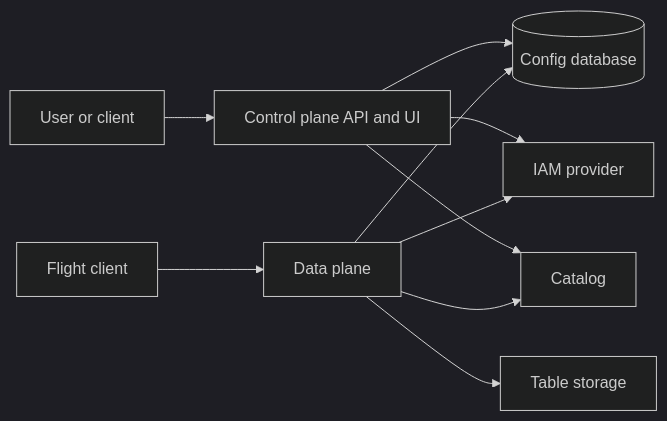
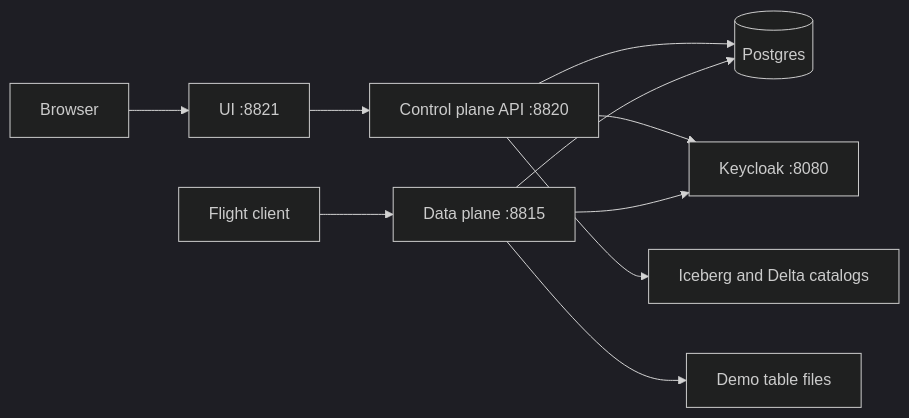
The diagram in docs/quickstart.md (snithish/dal-obscura), drawn with Mermaid (dark theme) before and after one commit. The commit also changed other lines of this file and 10 other files, not shown here.

````diff
--- a/docs/quickstart.md
+++ b/docs/quickstart.md
@@ -9,12 +35,12 @@
 ```mermaid
 flowchart LR
-    user["User or client"] --> cp["Control plane API and UI"]
-    client["Flight client"] --> dp["Data plane"]
-    cp --> db[("Config database")]
+    browser["Browser"] --> ui["UI :8821"]
+    ui --> api["Control plane API :8820"]
+    api --> db[("Postgres")]
+    api --> keycloak["Keycloak :8080"]
+    api --> catalog["Iceberg and Delta catalogs"]
+    client["Flight client"] --> dp["Data plane :8815"]
     dp --> db
-    cp --> iam["IAM provider"]
-    dp --> iam
-    cp --> catalog["Catalog"]
-    dp --> catalog
-    dp --> storage["Table storage"]
+    dp --> keycloak
+    dp --> storage["Demo table files"]
 ```
````
